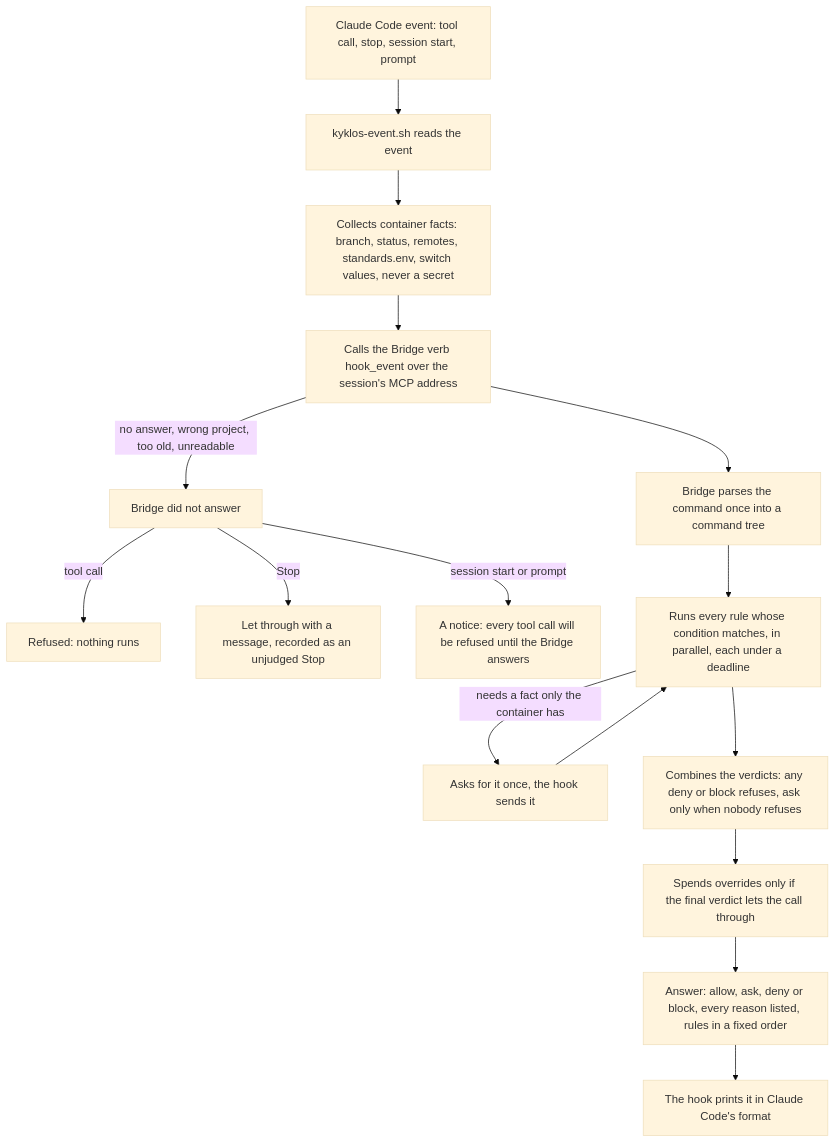
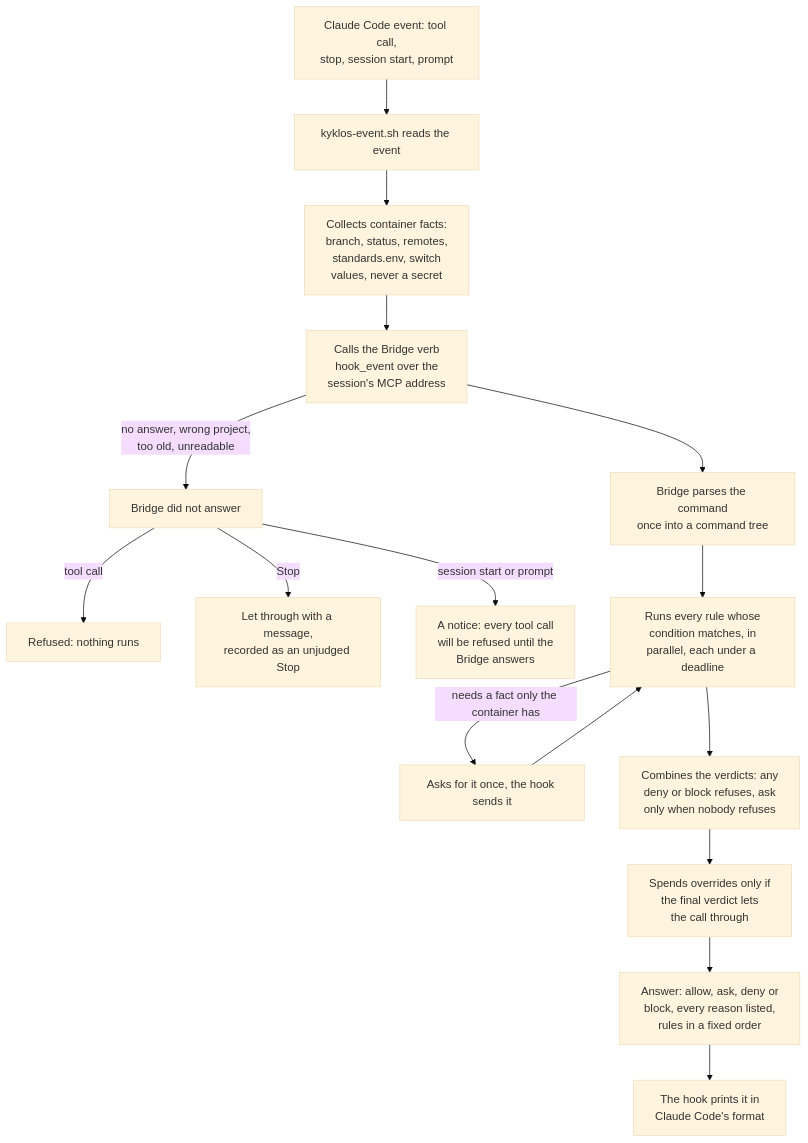
One commit to DogmaSolutions/Kyklos changed the first of 2 diagrams in docs/HOOKS_AND_SKILLS.md. Above: the diagram before and after it, drawn with Mermaid (base theme). The commit also changed other lines of this file and 38 other files, not shown here.

````diff
--- a/docs/HOOKS_AND_SKILLS.md
+++ b/docs/HOOKS_AND_SKILLS.md
@@ -30,18 +30,18 @@
 ```mermaid
 flowchart TD
-    E["Claude Code event: tool call, stop, session start, prompt"] --> H["kyklos-event.sh reads the event"]
-    H --> F["Collects container facts: branch, status, remotes, standards.env, switch values, never a secret"]
-    F --> B["Calls the Bridge verb hook_event over the session's MCP address"]
-    B -->|"no answer, wrong project, too old, unreadable"| D["Bridge did not answer"]
+    E["Claude Code event: tool call,<br/>stop, session start, prompt"] --> H["kyklos-event.sh reads the event"]
+    H --> F["Collects container facts:<br/>branch, status, remotes,<br/>standards.env, switch<br/>values, never a secret"]
+    F --> B["Calls the Bridge verb<br/>hook_event over the<br/>session's MCP address"]
+    B -->|"no answer, wrong project,<br/>too old, unreadable"| D["Bridge did not answer"]
     D -->|"tool call"| D1["Refused: nothing runs"]
-    D -->|"Stop"| D2["Let through with a message, recorded as an unjudged Stop"]
-    D -->|"session start or prompt"| D3["A notice: every tool call will be refused until the Bridge answers"]
-    B --> P["Bridge parses the command once into a command tree"]
-    P --> R["Runs every rule whose condition matches, in parallel, each under a deadline"]
+    D -->|"Stop"| D2["Let through with a message,<br/>recorded as an unjudged Stop"]
+    D -->|"session start or prompt"| D3["A notice: every tool call<br/>will be refused until the<br/>Bridge answers"]
+    B --> P["Bridge parses the command<br/>once into a command tree"]
+    P --> R["Runs every rule whose<br/>condition matches, in<br/>parallel, each under a deadline"]
     R -->|"needs a fact only the container has"| NF["Asks for it once, the hook sends it"]
     NF --> R
-    R --> V["Combines the verdicts: any deny or block refuses, ask only when nobody refuses"]
-    V --> O["Spends overrides only if the final verdict lets the call through"]
-    O --> A["Answer: allow, ask, deny or block, every reason listed, rules in a fixed order"]
-    A --> C["The hook prints it in Claude Code's format"]
+    R --> V["Combines the verdicts: any<br/>deny or block refuses, ask<br/>only when nobody refuses"]
+    V --> O["Spends overrides only if<br/>the final verdict lets<br/>the call through"]
+    O --> A["Answer: allow, ask, deny or<br/>block, every reason listed,<br/>rules in a fixed order"]
+    A --> C["The hook prints it in<br/>Claude Code's format"]
 ```
````
